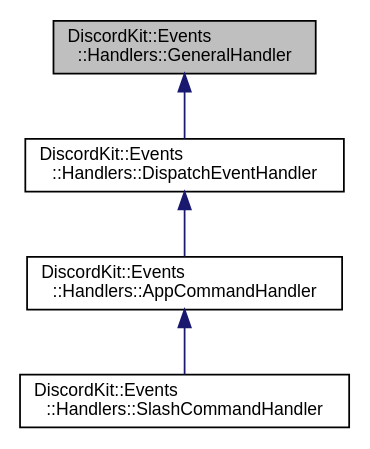
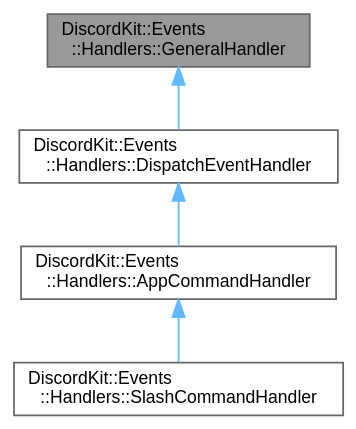
The diagram in d8/d12/classDiscordKit_1_1Events_1_1Handlers_1_1GeneralHandler__inherit__graph.dot (nikooozzz/DiscordKit), drawn with Graphviz before and after one commit. The commit also changed 322 other files, not shown here.

Commit message:
Deploying to gh-pages from @ nikooozzz/DiscordKit@25959401f6de58a170c9d8f1c7485b84f1b5a88c 🚀

```diff
--- a/d8/d12/classDiscordKit_1_1Events_1_1Handlers_1_1GeneralHandler__inherit__graph.dot
+++ b/d8/d12/classDiscordKit_1_1Events_1_1Handlers_1_1GeneralHandler__inherit__graph.dot
@@ -1,13 +1,14 @@
 digraph "DiscordKit::Events::Handlers::GeneralHandler"
 {
  // LATEX_PDF_SIZE
-  edge [fontname="Helvetica",fontsize="10",labelfontname="Helvetica",labelfontsize="10"];
-  node [fontname="Helvetica",fontsize="10",shape=record];
-  Node1 [label="DiscordKit::Events\l::Handlers::GeneralHandler",height=0.2,width=0.4,color="black", fillcolor="grey75", style="filled", fontcolor="black",tooltip=" "];
-  Node1 -> Node2 [dir="back",color="midnightblue",fontsize="10",style="solid",fontname="Helvetica"];
-  Node2 [label="DiscordKit::Events\l::Handlers::DispatchEventHandler",height=0.2,width=0.4,color="black", fillcolor="white", style="filled",URL="$dc/de4/classDiscordKit_1_1Events_1_1Handlers_1_1DispatchEventHandler.html",tooltip=" "];
-  Node2 -> Node3 [dir="back",color="midnightblue",fontsize="10",style="solid",fontname="Helvetica"];
-  Node3 [label="DiscordKit::Events\l::Handlers::AppCommandHandler",height=0.2,width=0.4,color="black", fillcolor="white", style="filled",URL="$d2/d16/classDiscordKit_1_1Events_1_1Handlers_1_1AppCommandHandler.html",tooltip=" "];
-  Node3 -> Node4 [dir="back",color="midnightblue",fontsize="10",style="solid",fontname="Helvetica"];
-  Node4 [label="DiscordKit::Events\l::Handlers::SlashCommandHandler",height=0.2,width=0.4,color="black", fillcolor="white", style="filled",URL="$d5/df2/classDiscordKit_1_1Events_1_1Handlers_1_1SlashCommandHandler.html",tooltip=" "];
+  bgcolor="transparent";
+  edge [fontname=Helvetica,fontsize=10,labelfontname=Helvetica,labelfontsize=10];
+  node [fontname=Helvetica,fontsize=10,shape=box,height=0.2,width=0.4];
+  Node1 [id="Node000001",label="DiscordKit::Events\l::Handlers::GeneralHandler",height=0.2,width=0.4,color="gray40", fillcolor="grey60", style="filled", fontcolor="black",tooltip=" "];
+  Node1 -> Node2 [id="edge1_Node000001_Node000002",dir="back",color="steelblue1",style="solid",tooltip=" "];
+  Node2 [id="Node000002",label="DiscordKit::Events\l::Handlers::DispatchEventHandler",height=0.2,width=0.4,color="gray40", fillcolor="white", style="filled",URL="$dc/de4/classDiscordKit_1_1Events_1_1Handlers_1_1DispatchEventHandler.html",tooltip=" "];
+  Node2 -> Node3 [id="edge2_Node000002_Node000003",dir="back",color="steelblue1",style="solid",tooltip=" "];
+  Node3 [id="Node000003",label="DiscordKit::Events\l::Handlers::AppCommandHandler",height=0.2,width=0.4,color="gray40", fillcolor="white", style="filled",URL="$d2/d16/classDiscordKit_1_1Events_1_1Handlers_1_1AppCommandHandler.html",tooltip=" "];
+  Node3 -> Node4 [id="edge3_Node000003_Node000004",dir="back",color="steelblue1",style="solid",tooltip=" "];
+  Node4 [id="Node000004",label="DiscordKit::Events\l::Handlers::SlashCommandHandler",height=0.2,width=0.4,color="gray40", fillcolor="white", style="filled",URL="$d5/df2/classDiscordKit_1_1Events_1_1Handlers_1_1SlashCommandHandler.html",tooltip=" "];
 }
```
